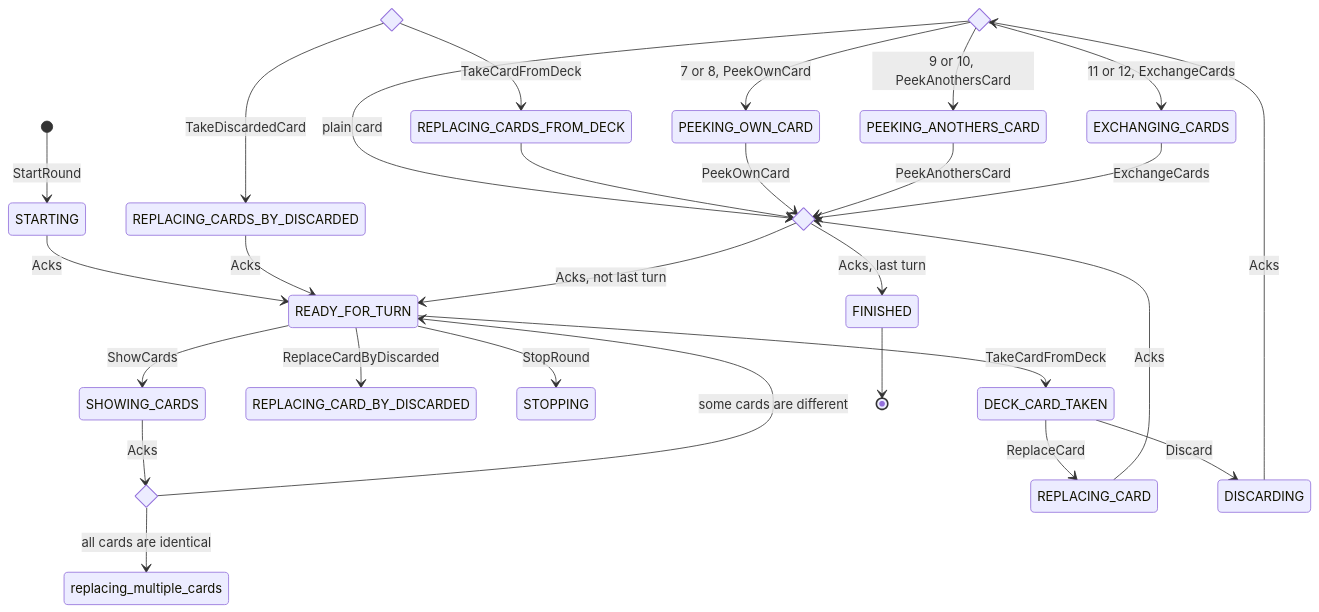
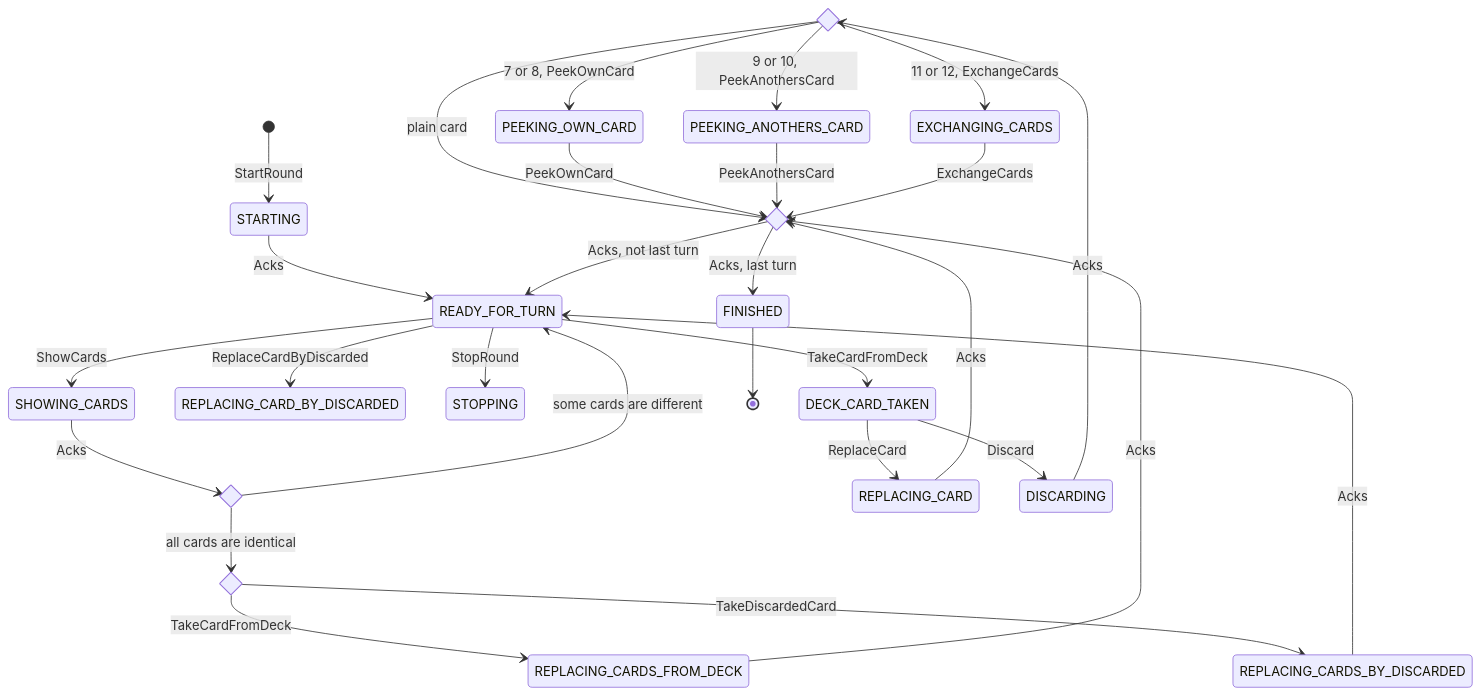
One commit to roman-zubarevich/another changed the first of 15 diagrams in README.md. Above: the diagram before and after it, drawn with Mermaid.

Commit message:
adjust readme

````diff
--- a/README.md
+++ b/README.md
@@ -7,34 +7,34 @@
 ```mermaid
 stateDiagram-v2
     state discarded <<choice>>
     state comparing_cards <<choice>>
     state replacing_cards <<choice>>
     state turn_done <<choice>>
     [*] --> STARTING: StartRound
     STARTING --> READY_FOR_TURN: Acks
     READY_FOR_TURN --> DECK_CARD_TAKEN: TakeCardFromDeck
     READY_FOR_TURN --> REPLACING_CARD_BY_DISCARDED: ReplaceCardByDiscarded
     READY_FOR_TURN --> STOPPING: StopRound
     READY_FOR_TURN --> SHOWING_CARDS: ShowCards
     SHOWING_CARDS --> comparing_cards: Acks
     comparing_cards --> READY_FOR_TURN: some cards are different
-    comparing_cards --> replacing_multiple_cards: all cards are identical
+    comparing_cards --> replacing_cards: all cards are identical
     replacing_cards --> REPLACING_CARDS_FROM_DECK: TakeCardFromDeck
     replacing_cards --> REPLACING_CARDS_BY_DISCARDED: TakeDiscardedCard
     DECK_CARD_TAKEN --> REPLACING_CARD: ReplaceCard
     REPLACING_CARD --> turn_done: Acks
     DECK_CARD_TAKEN --> DISCARDING: Discard
     DISCARDING --> discarded: Acks
     discarded --> turn_done: plain card
     discarded --> PEEKING_OWN_CARD: 7 or 8, PeekOwnCard
     discarded --> PEEKING_ANOTHERS_CARD: 9 or 10, PeekAnothersCard
     discarded --> EXCHANGING_CARDS: 11 or 12, ExchangeCards
     REPLACING_CARDS_BY_DISCARDED --> READY_FOR_TURN: Acks
-    REPLACING_CARDS_FROM_DECK --> turn_done
+    REPLACING_CARDS_FROM_DECK --> turn_done: Acks
     PEEKING_OWN_CARD --> turn_done: PeekOwnCard
     PEEKING_ANOTHERS_CARD --> turn_done: PeekAnothersCard
     EXCHANGING_CARDS --> turn_done: ExchangeCards
     turn_done --> READY_FOR_TURN: Acks, not last turn
     turn_done --> FINISHED: Acks, last turn
     FINISHED --> [*]
 ```
````
